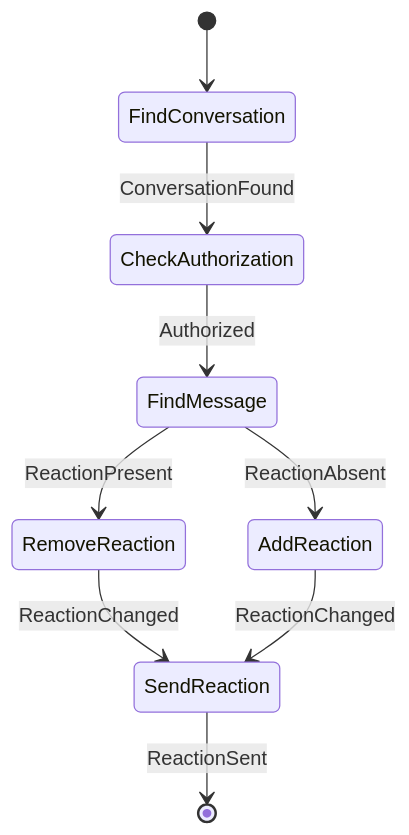
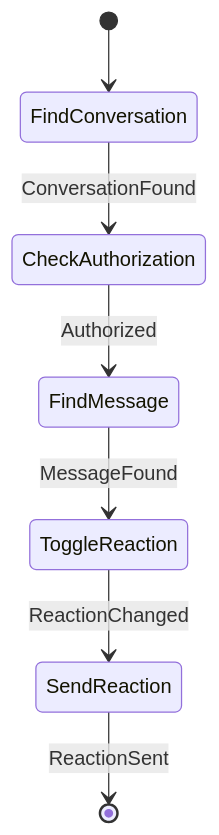
One commit to cbgm/Sparrow changed the eighth of 22 diagrams in docs/architecture/workflows/message.md. Above: the diagram before and after it, drawn with Mermaid. The commit also changed other lines of this file and 226 other files, not shown here.

````diff
--- a/docs/architecture/workflows/message.md
+++ b/docs/architecture/workflows/message.md
@@ -240,11 +239,9 @@
 ```mermaid
 stateDiagram-v2
     [*] --> FindConversation
     FindConversation --> CheckAuthorization : ConversationFound
     CheckAuthorization --> FindMessage : Authorized
-    FindMessage --> AddReaction : ReactionAbsent
-    FindMessage --> RemoveReaction : ReactionPresent
-    RemoveReaction --> SendReaction : ReactionChanged
-    AddReaction --> SendReaction : ReactionChanged
+    FindMessage --> ToggleReaction : MessageFound
+    ToggleReaction --> SendReaction : ReactionChanged
     SendReaction --> [*] : ReactionSent
 ```
````
